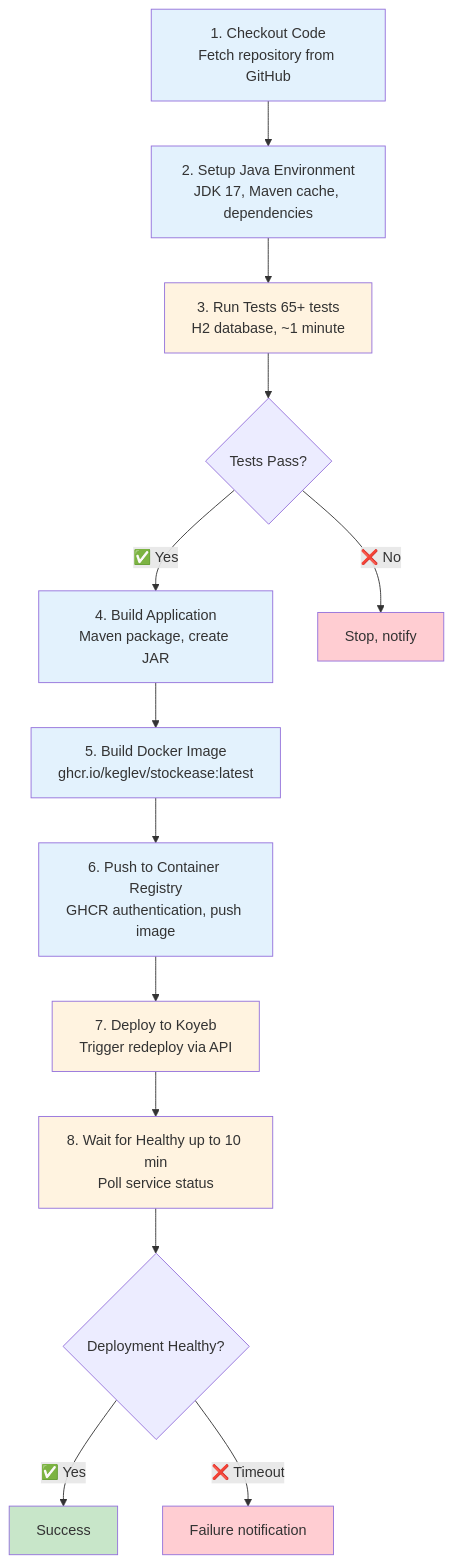
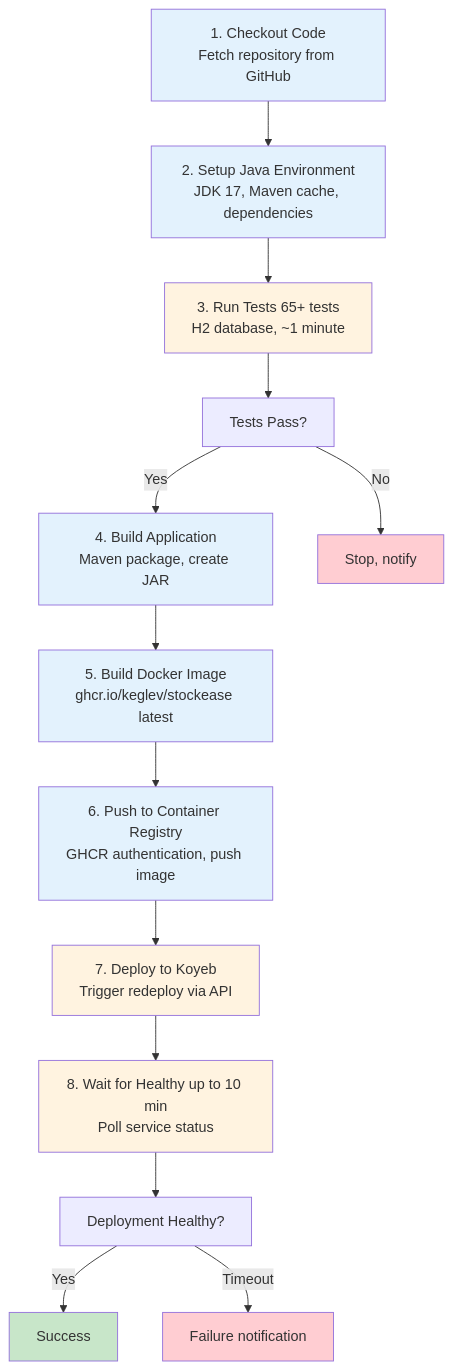
Before and after one commit to Keglev/stockease: the diagram in docs/architecture/deployment/ci-pipeline.md, drawn with Mermaid. The commit also changed 2 other files, not shown here.

Commit message:
fix: Remove emojis, fix flowchart to graph, remove <br/> from arrows, fix parentheses in labels

````diff
--- a/docs/architecture/deployment/ci-pipeline.md
+++ b/docs/architecture/deployment/ci-pipeline.md
@@ -33,30 +33,30 @@
 ```mermaid
 graph TD
-    A[1. Checkout Code<br/>Fetch repository from GitHub] --> B[2. Setup Java Environment<br/>JDK 17, Maven cache, dependencies]
-    B --> C[3. Run Tests 65+ tests<br/>H2 database, ~1 minute]
+    A["1. Checkout Code<br/>Fetch repository from GitHub"] --> B["2. Setup Java Environment<br/>JDK 17, Maven cache, dependencies"]
+    B --> C["3. Run Tests 65+ tests<br/>H2 database, ~1 minute"]
     
-    C --> D{Tests Pass?}
-    D -->|✅ Yes| E[4. Build Application<br/>Maven package, create JAR]
-    D -->|❌ No| F[Stop, notify]
+    C --> D["Tests Pass?"]
+    D -->|Yes| E["4. Build Application<br/>Maven package, create JAR"]
+    D -->|No| F["Stop, notify"]
     
-    E --> G[5. Build Docker Image<br/>ghcr.io/keglev/stockease:latest]
-    G --> H[6. Push to Container Registry<br/>GHCR authentication, push image]
-    H --> I[7. Deploy to Koyeb<br/>Trigger redeploy via API]
-    I --> J[8. Wait for Healthy up to 10 min<br/>Poll service status]
+    E --> G["5. Build Docker Image<br/>ghcr.io/keglev/stockease latest"]
+    G --> H["6. Push to Container Registry<br/>GHCR authentication, push image"]
+    H --> I["7. Deploy to Koyeb<br/>Trigger redeploy via API"]
+    I --> J["8. Wait for Healthy up to 10 min<br/>Poll service status"]
     
-    J --> K{Deployment Healthy?}
-    K -->|✅ Yes| L[Success]
-    K -->|❌ Timeout| M[Failure notification]
+    J --> K["Deployment Healthy?"]
+    K -->|Yes| L[Success]
+    K -->|Timeout| M["Failure notification"]
     
     style A fill:#e3f2fd
     style B fill:#e3f2fd
     style C fill:#fff3e0
     style E fill:#e3f2fd
     style G fill:#e3f2fd
     style H fill:#e3f2fd
     style I fill:#fff3e0
     style J fill:#fff3e0
     style L fill:#c8e6c9
     style F fill:#ffcdd2
     style M fill:#ffcdd2
 ```
````
